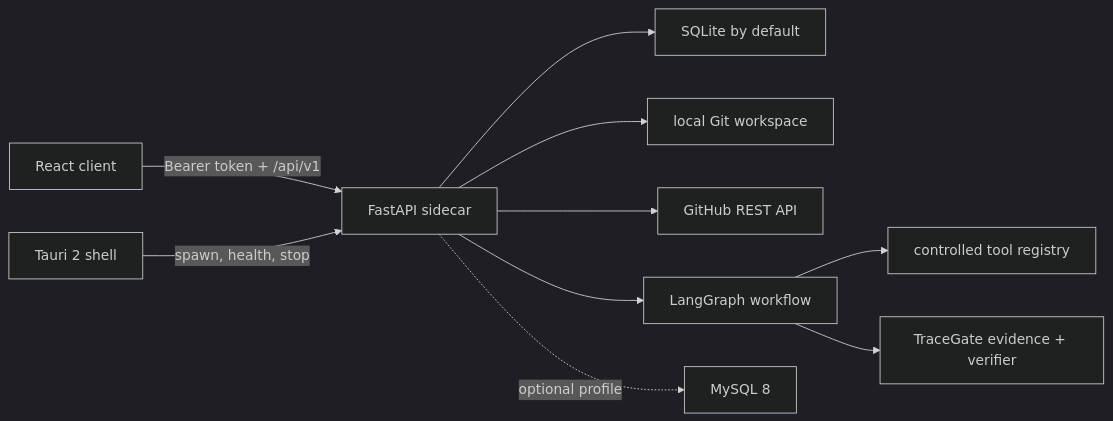
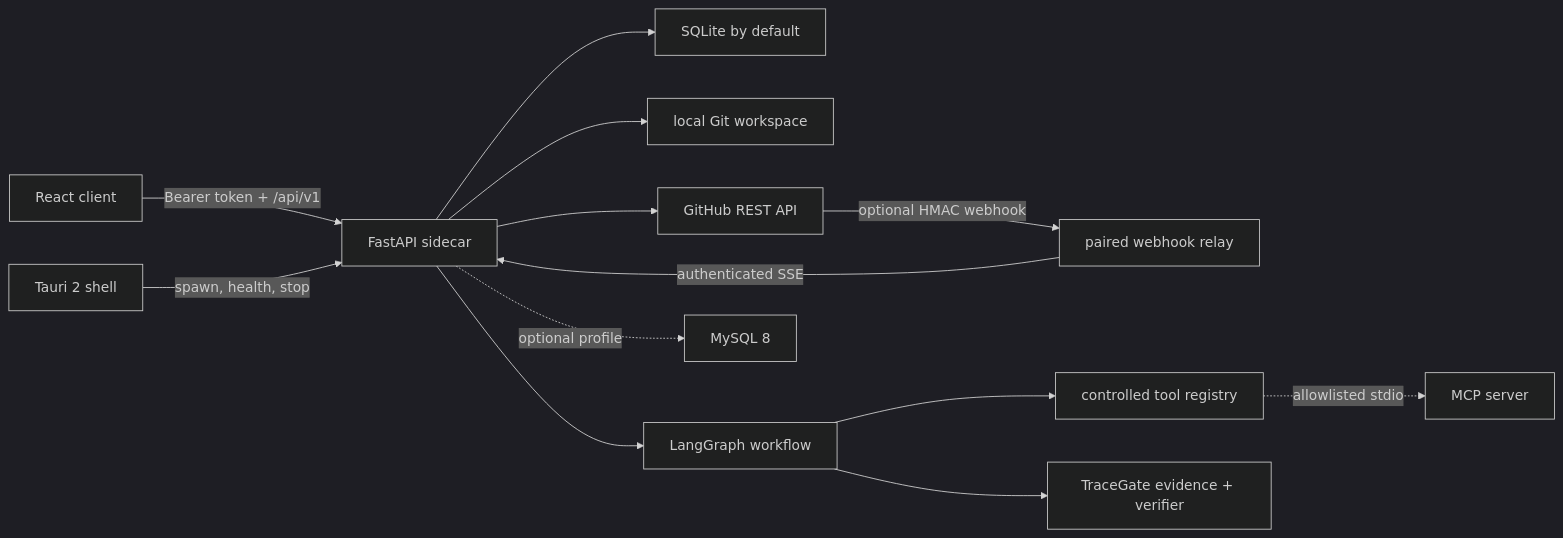
One commit to Chloiris/TraceGate-Eval changed the diagram in docs/architecture/ADR-001-tracegate-studio.md. Above: the diagram before and after it, drawn with Mermaid (dark theme). The commit also changed other lines of this file and 15 other files, not shown here.

Commit message:
docs(studio): record architecture verification and demo

````diff
--- a/docs/architecture/ADR-001-tracegate-studio.md
+++ b/docs/architecture/ADR-001-tracegate-studio.md
@@ -53,12 +53,15 @@
 ```mermaid
 flowchart LR
     UI["React client"] -->|"Bearer token + /api/v1"| API["FastAPI sidecar"]
     DESKTOP["Tauri 2 shell"] -->|"spawn, health, stop"| API
     API --> DB["SQLite by default"]
     API --> GIT["local Git workspace"]
     API --> GH["GitHub REST API"]
+    GH -->|"optional HMAC webhook"| RELAY["paired webhook relay"]
+    RELAY -->|"authenticated SSE"| API
     API --> AGENT["LangGraph workflow"]
     AGENT --> TOOLS["controlled tool registry"]
+    TOOLS -. "allowlisted stdio" .-> MCP["MCP server"]
     AGENT --> EVIDENCE["TraceGate evidence + verifier"]
     API -. "optional profile" .-> MYSQL["MySQL 8"]
 ```
````
